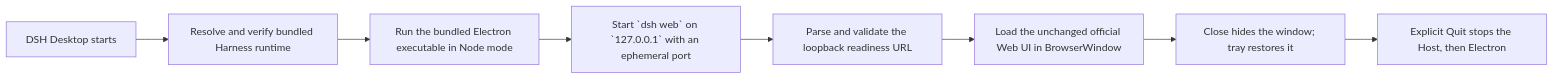
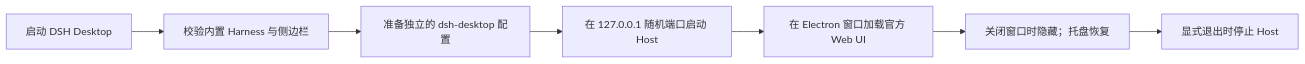
One commit to captainyufei/dsh-desktop changed the diagram in README.md. Above: the diagram before and after it, drawn with Mermaid. The commit also changed other lines of this file and 44 other files, not shown here.

````diff
--- a/README.md
+++ b/README.md
@@ -40,10 +79,9 @@
 ```mermaid
 flowchart LR
-    A["DSH Desktop starts"] --> B["Resolve and verify bundled Harness runtime"]
-    B --> C["Run the bundled Electron executable in Node mode"]
-    C --> D["Start `dsh web` on `127.0.0.1` with an ephemeral port"]
-    D --> E["Parse and validate the loopback readiness URL"]
-    E --> F["Load the unchanged official Web UI in BrowserWindow"]
-    F --> G["Close hides the window; tray restores it"]
-    G --> H["Explicit Quit stops the Host, then Electron"]
+    A["启动 DSH Desktop"] --> B["校验内置 Harness 与侧边栏"]
+    B --> C["准备独立的 dsh-desktop 配置"]
+    C --> D["在 127.0.0.1 随机端口启动 Host"]
+    D --> E["在 Electron 窗口加载官方 Web UI"]
+    E --> F["关闭窗口时隐藏；托盘恢复"]
+    F --> G["显式退出时停止 Host"]
 ```
````
